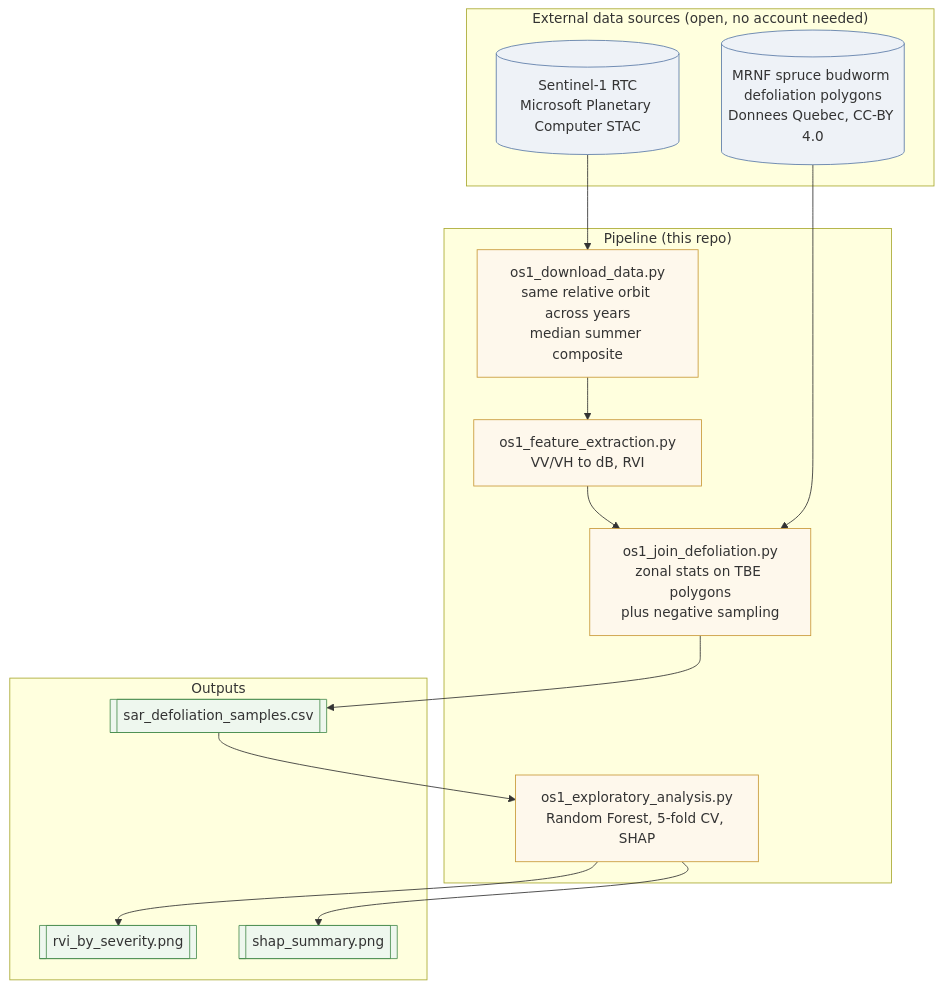
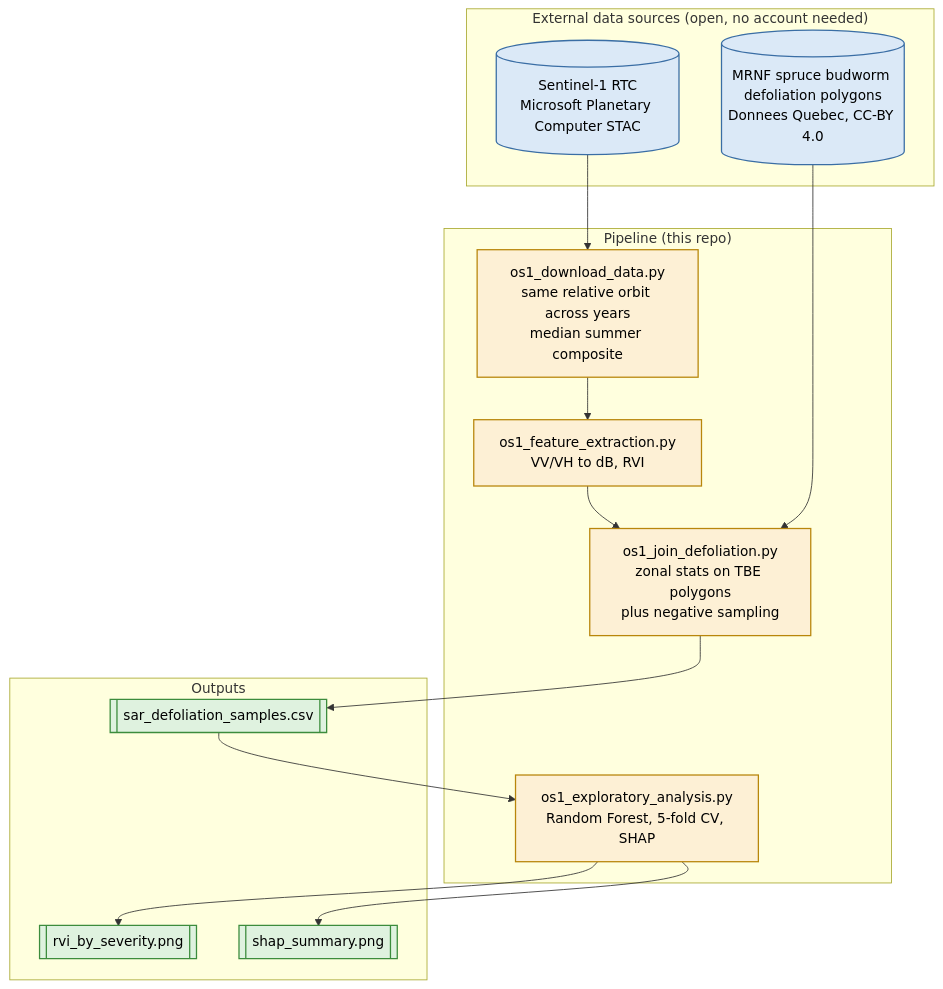
The diagram in README.md (mamadou-g-diallo/sar-tbe-defoliation), drawn with Mermaid before and after one commit.

Commit message:
Add explicit black text color to Mermaid classDefs for visibility on GitHub

````diff
--- a/README.md
+++ b/README.md
@@ -95,32 +95,32 @@
 ```mermaid
 flowchart TD
     subgraph Sources["External data sources (open, no account needed)"]
         S1[("Sentinel-1 RTC<br/>Microsoft Planetary Computer STAC")]
         TBE[("MRNF spruce budworm defoliation polygons<br/>Donnees Quebec, CC-BY 4.0")]
     end
 
     subgraph Pipeline["Pipeline (this repo)"]
         A["os1_download_data.py<br/>same relative orbit across years<br/>median summer composite"]
         B["os1_feature_extraction.py<br/>VV/VH to dB, RVI"]
         C["os1_join_defoliation.py<br/>zonal stats on TBE polygons<br/>plus negative sampling"]
         D["os1_exploratory_analysis.py<br/>Random Forest, 5-fold CV, SHAP"]
     end
 
     subgraph Outputs["Outputs"]
         R1[["sar_defoliation_samples.csv"]]
         R2[["rvi_by_severity.png"]]
         R3[["shap_summary.png"]]
     end
 
     S1 --> A --> B --> C
     TBE --> C
     C --> R1 --> D --> R2
     D --> R3
 
-    classDef sourceStyle fill:#eef2f7,stroke:#5b7ba8
-    classDef pipelineStyle fill:#fef8ec,stroke:#c99a3a
-    classDef outputStyle fill:#eef7ee,stroke:#4c8f52
+    classDef sourceStyle fill:#dbe9f7,stroke:#3a6ea5,stroke-width:1.5px,color:#000
+    classDef pipelineStyle fill:#fdf0d5,stroke:#b8860b,stroke-width:1.5px,color:#000
+    classDef outputStyle fill:#dff2df,stroke:#3c8c3c,stroke-width:1.5px,color:#000
     class S1,TBE sourceStyle
     class A,B,C,D pipelineStyle
     class R1,R2,R3 outputStyle
 ```
````
